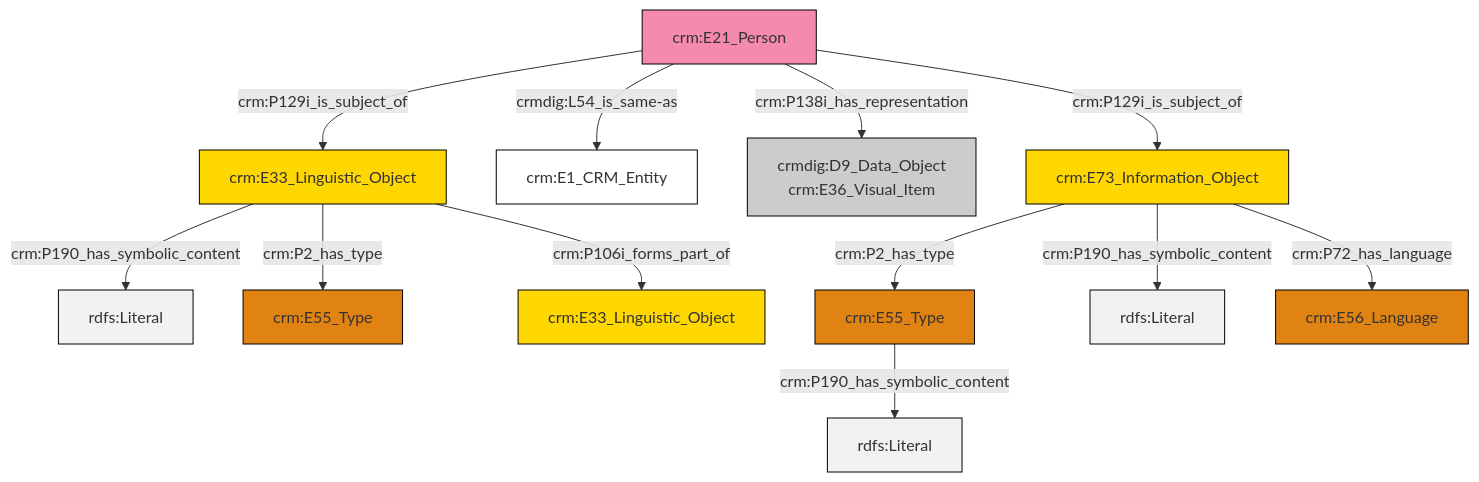
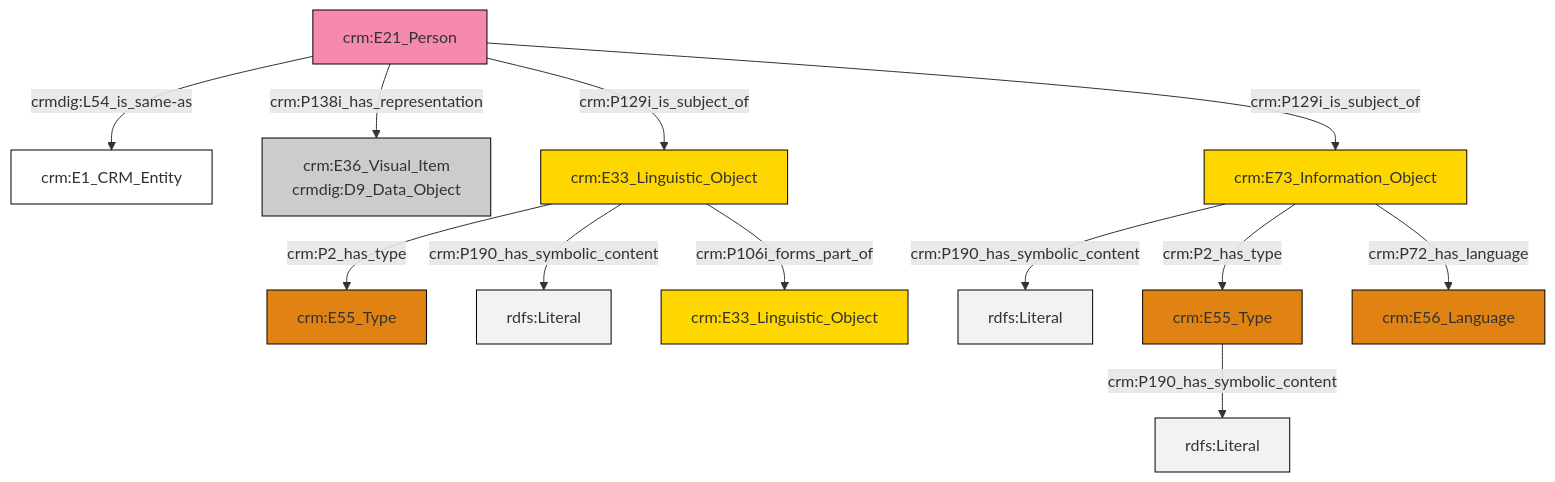
The diagram in et/personCSV/ttl/mmd/Person_Documentation.ttl.mmd (swiss-art-research-net/reference-data-models), drawn with Mermaid before and after one commit. The commit also changed 124 other files, not shown here.

```diff
--- a/et/personCSV/ttl/mmd/Person_Documentation.ttl.mmd
+++ b/et/personCSV/ttl/mmd/Person_Documentation.ttl.mmd
@@ -1,26 +1,26 @@
 graph TD
 classDef Literal fill:#f2f2f2,stroke:#000000;
 classDef CRM_Entity fill:#FFFFFF,stroke:#000000;
 classDef Temporal_Entity fill:#00C9E6, stroke:#000000;
 classDef Type fill:#E18312, stroke:#000000;
 classDef Time-Span fill:#2C9C91, stroke:#000000;
 classDef Appellation fill:#FFEB7F, stroke:#000000;
 classDef Place fill:#008836, stroke:#000000;
 classDef Persistent_Item fill:#B266B2, stroke:#000000;
 classDef Conceptual_Object fill:#FFD700, stroke:#000000;
 classDef Physical_Thing fill:#D2B48C, stroke:#000000;
 classDef Actor fill:#f58aad, stroke:#000000;
 classDef PC_Classes fill:#4ce600, stroke:#000000;
 classDef Multi fill:#cccccc,stroke:#000000;
 
-2["crm:E33_Linguistic_Object"]:::Conceptual_Object -->|crm:P190_has_symbolic_content| 3[rdfs:Literal]:::Literal
-2["crm:E33_Linguistic_Object"]:::Conceptual_Object -->|crm:P2_has_type| 4["crm:E55_Type"]:::Type
-5["crm:E73_Information_Object"]:::Conceptual_Object -->|crm:P2_has_type| 0["crm:E55_Type"]:::Type
-9["crm:E21_Person"]:::Actor -->|crm:P129i_is_subject_of| 2["crm:E33_Linguistic_Object"]:::Conceptual_Object
-0["crm:E55_Type"]:::Type -->|crm:P190_has_symbolic_content| 12[rdfs:Literal]:::Literal
-5["crm:E73_Information_Object"]:::Conceptual_Object -->|crm:P190_has_symbolic_content| 15[rdfs:Literal]:::Literal
-9["crm:E21_Person"]:::Actor -->|crmdig:L54_is_same-as| 13["crm:E1_CRM_Entity"]:::CRM_Entity
-9["crm:E21_Person"]:::Actor -->|crm:P138i_has_representation| 17["crmdig:D9_Data_Object<br>crm:E36_Visual_Item"]:::Multi
-5["crm:E73_Information_Object"]:::Conceptual_Object -->|crm:P72_has_language| 10["crm:E56_Language"]:::Type
-9["crm:E21_Person"]:::Actor -->|crm:P129i_is_subject_of| 5["crm:E73_Information_Object"]:::Conceptual_Object
-2["crm:E33_Linguistic_Object"]:::Conceptual_Object -->|crm:P106i_forms_part_of| 7["crm:E33_Linguistic_Object"]:::Conceptual_Object
+0["crm:E33_Linguistic_Object"]:::Conceptual_Object -->|crm:P2_has_type| 1["crm:E55_Type"]:::Type
+2["crm:E73_Information_Object"]:::Conceptual_Object -->|crm:P190_has_symbolic_content| 3[rdfs:Literal]:::Literal
+2["crm:E73_Information_Object"]:::Conceptual_Object -->|crm:P2_has_type| 10["crm:E55_Type"]:::Type
+13["crm:E21_Person"]:::Actor -->|crmdig:L54_is_same-as| 6["crm:E1_CRM_Entity"]:::CRM_Entity
+13["crm:E21_Person"]:::Actor -->|crm:P138i_has_representation| 8["crm:E36_Visual_Item<br>crmdig:D9_Data_Object"]:::Multi
+0["crm:E33_Linguistic_Object"]:::Conceptual_Object -->|crm:P190_has_symbolic_content| 15[rdfs:Literal]:::Literal
+13["crm:E21_Person"]:::Actor -->|crm:P129i_is_subject_of| 0["crm:E33_Linguistic_Object"]:::Conceptual_Object
+0["crm:E33_Linguistic_Object"]:::Conceptual_Object -->|crm:P106i_forms_part_of| 4["crm:E33_Linguistic_Object"]:::Conceptual_Object
+13["crm:E21_Person"]:::Actor -->|crm:P129i_is_subject_of| 2["crm:E73_Information_Object"]:::Conceptual_Object
+10["crm:E55_Type"]:::Type -->|crm:P190_has_symbolic_content| 22[rdfs:Literal]:::Literal
+2["crm:E73_Information_Object"]:::Conceptual_Object -->|crm:P72_has_language| 17["crm:E56_Language"]:::Type
```
